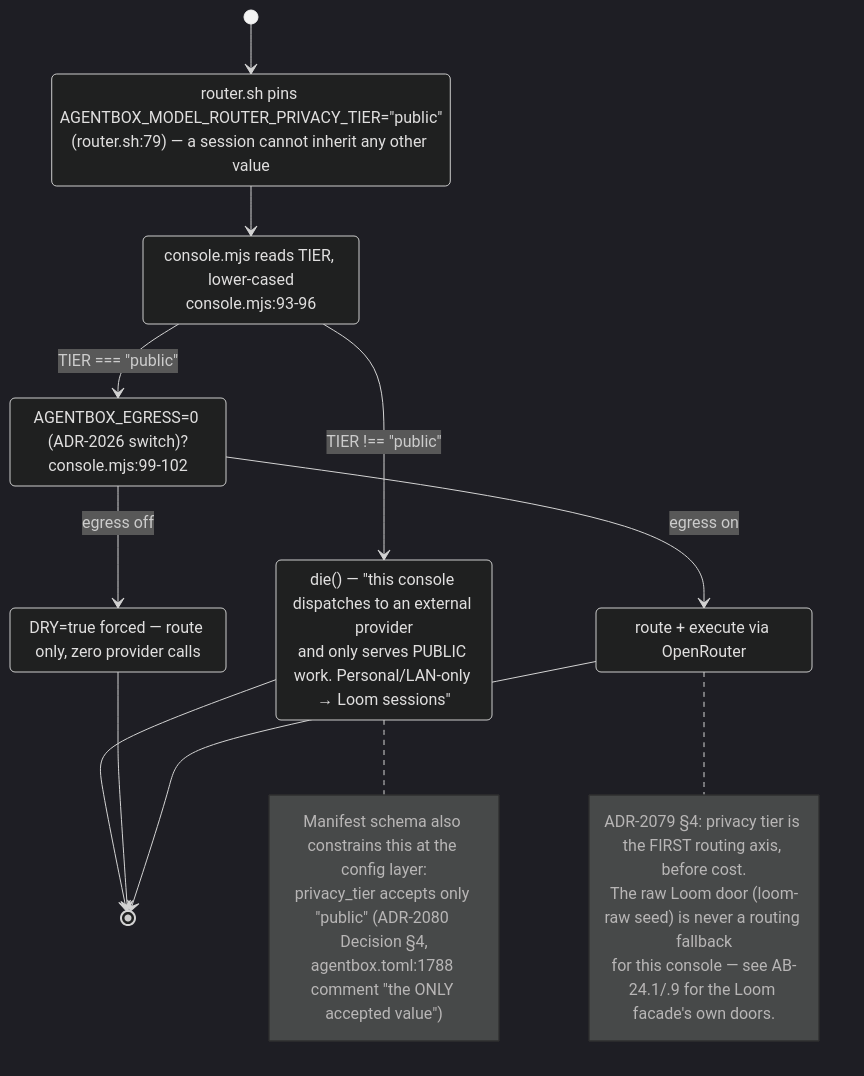
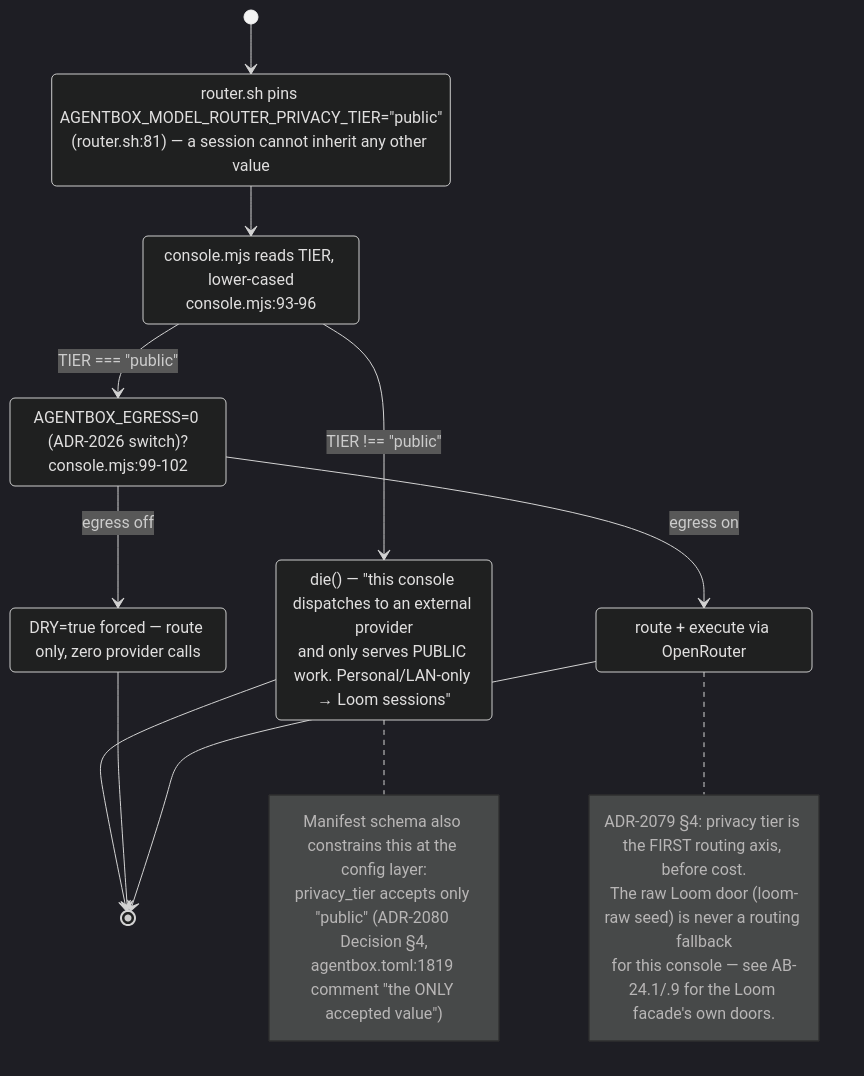
Before and after one commit to DreamLab-AI/VisionFlow: the sixth of 9 diagrams in docs/diagrams/agentbox/29-metaharness-router-console.md, drawn with Mermaid (dark theme). The commit also changed other lines of this file and 6 other files, not shown here.

First line of the commit message:
docs: align native session and ingress diagrams (#39)

````diff
--- a/docs/diagrams/agentbox/29-metaharness-router-console.md
+++ b/docs/diagrams/agentbox/29-metaharness-router-console.md
@@ -217,28 +217,28 @@
 ```mermaid
 stateDiagram-v2
     [*] --> WrapperCheck
-    WrapperCheck: router.sh pins AGENTBOX_MODEL_ROUTER_PRIVACY_TIER="public"<br/>(router.sh:79) — a session cannot inherit any other value
+    WrapperCheck: router.sh pins AGENTBOX_MODEL_ROUTER_PRIVACY_TIER="public"<br/>(router.sh:81) — a session cannot inherit any other value
     WrapperCheck --> ConsoleCheck
     ConsoleCheck: console.mjs reads TIER, lower-cased<br/>console.mjs:93-96
     ConsoleCheck --> Refused: TIER !== "public"
     ConsoleCheck --> EgressCheck: TIER === "public"
     Refused: die() — "this console dispatches to an external provider<br/>and only serves PUBLIC work. Personal/LAN-only → Loom sessions"
     Refused --> [*]
     EgressCheck: AGENTBOX_EGRESS=0 (ADR-2026 switch)?<br/>console.mjs:99-102
     EgressCheck --> DryRunForced: egress off
     EgressCheck --> NormalRun: egress on
     DryRunForced: DRY=true forced — route only, zero provider calls
     NormalRun: route + execute via OpenRouter
     DryRunForced --> [*]
     NormalRun --> [*]
     note right of Refused
         Manifest schema also constrains this at the config layer:
         privacy_tier accepts only "public" (ADR-2080 Decision §4,
-        agentbox.toml:1788 comment "the ONLY accepted value")
+        agentbox.toml:1819 comment "the ONLY accepted value")
     end note
     note right of NormalRun
         ADR-2079 §4: privacy tier is the FIRST routing axis, before cost.
         The raw Loom door (loom-raw seed) is never a routing fallback
         for this console — see AB-24.1/.9 for the Loom facade's own doors.
     end note
 ```
````
